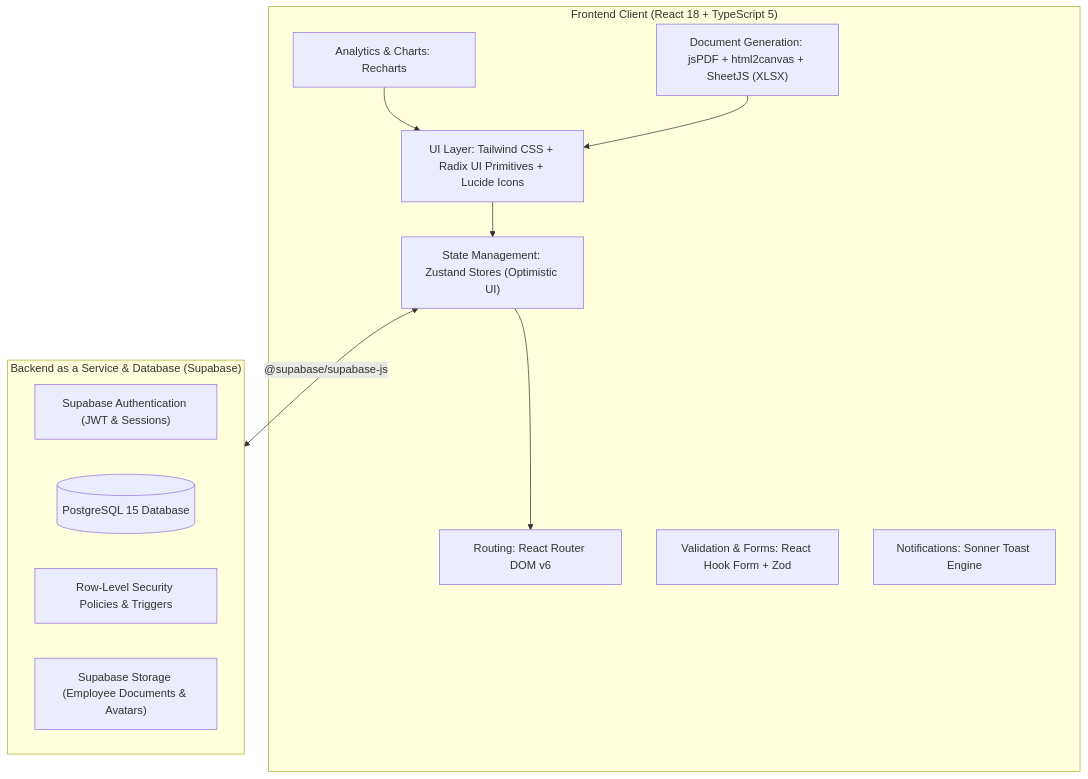
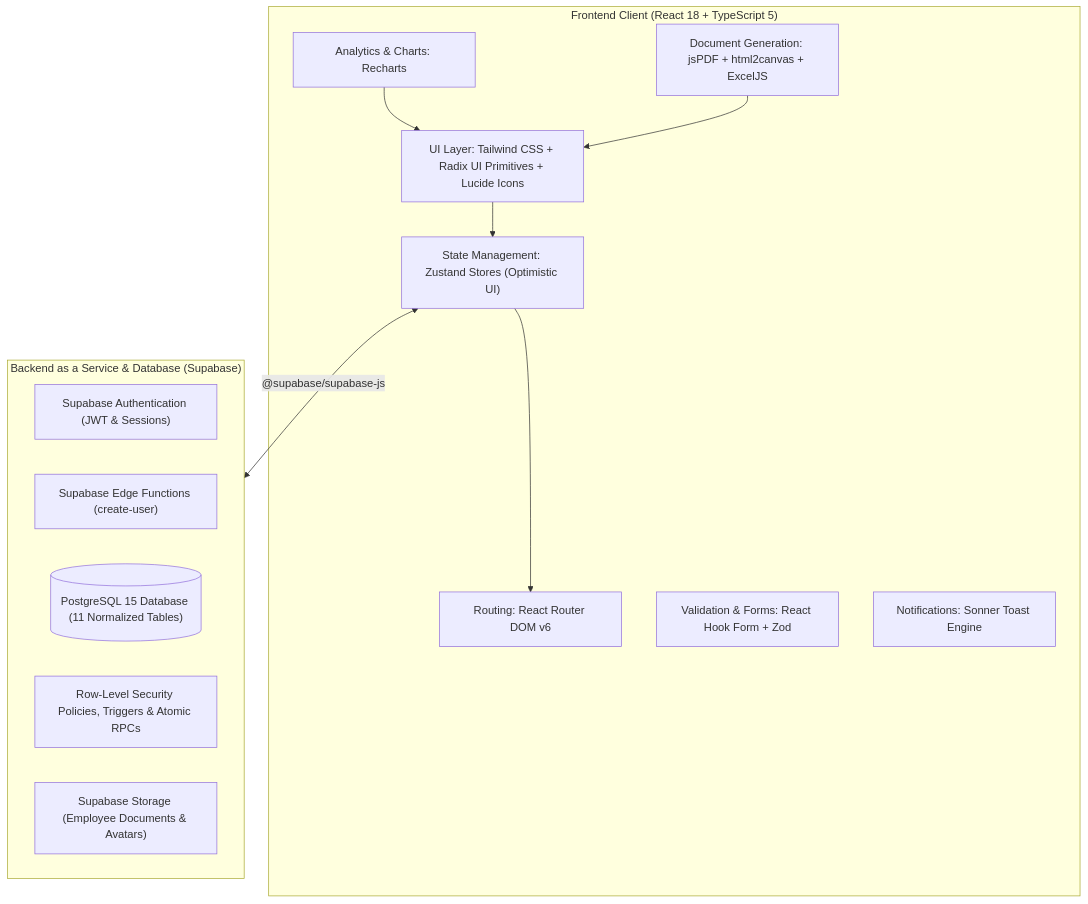
Before and after one commit to eftyqhar/FlowPay: the first of 5 diagrams in DOCUMENTATION.md, drawn with Mermaid. The commit also changed other lines of this file and 12 other files, not shown here.

````diff
--- a/DOCUMENTATION.md
+++ b/DOCUMENTATION.md
@@ -60,25 +60,26 @@
 ```mermaid
 flowchart TD
     subgraph Frontend_Client ["Frontend Client (React 18 + TypeScript 5)"]
         UI["UI Layer: Tailwind CSS + Radix UI Primitives + Lucide Icons"]
         Router["Routing: React Router DOM v6"]
         State["State Management: Zustand Stores (Optimistic UI)"]
         Charts["Analytics & Charts: Recharts"]
-        Export["Document Generation: jsPDF + html2canvas + SheetJS (XLSX)"]
+        Export["Document Generation: jsPDF + html2canvas + ExcelJS"]
         Forms["Validation & Forms: React Hook Form + Zod"]
         Toast["Notifications: Sonner Toast Engine"]
     end
 
     subgraph Backend_Cloud ["Backend as a Service & Database (Supabase)"]
         Auth["Supabase Authentication (JWT & Sessions)"]
-        Postgres[("PostgreSQL 15 Database")]
-        RLS["Row-Level Security Policies & Triggers"]
+        Edge["Supabase Edge Functions (create-user)"]
+        Postgres[("PostgreSQL 15 Database (11 Normalized Tables)")]
+        RLS["Row-Level Security Policies, Triggers & Atomic RPCs"]
         Storage["Supabase Storage (Employee Documents & Avatars)"]
     end
 
     UI --> State
     State --> Router
     State <--> |"@supabase/supabase-js"| Backend_Cloud
     Charts --> UI
     Export --> UI
 ```
````
